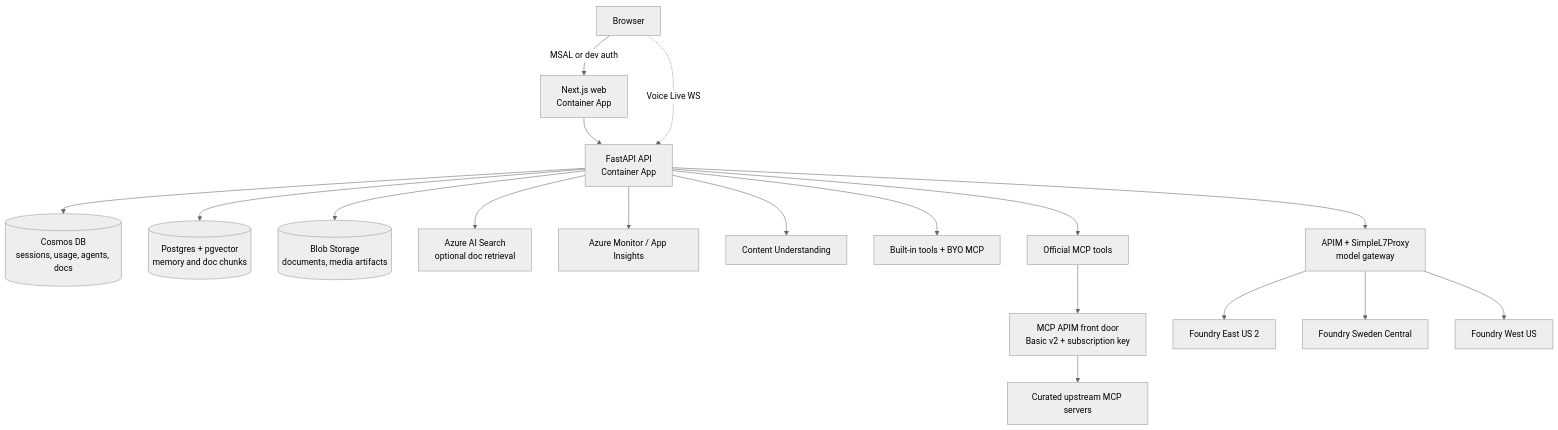
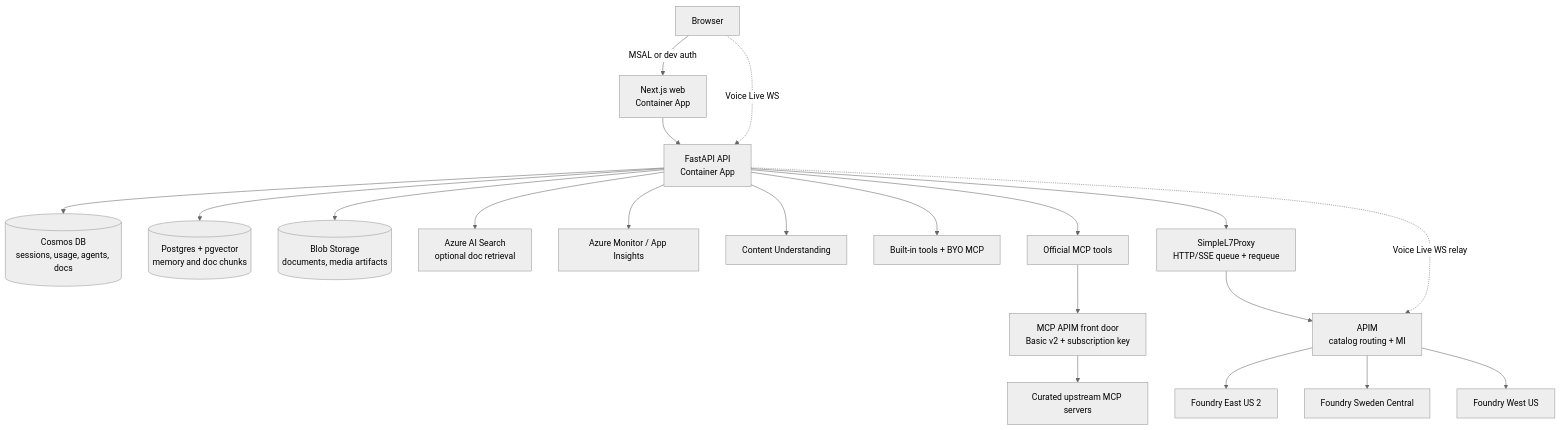
The first of 5 diagrams in docs/architecture.md (ian-t-adams/AI4IA), drawn with Mermaid (neutral theme) before and after one commit. The commit also changed other lines of this file and 68 other files, not shown here.

````diff
--- a/docs/architecture.md
+++ b/docs/architecture.md
@@ -12,20 +12,22 @@
 ```mermaid
 flowchart TB
   User[Browser] -->|MSAL or dev auth| Web[Next.js web<br/>Container App]
   Web --> API[FastAPI API<br/>Container App]
   User -. Voice Live WS .-> API
   API --> Cosmos[(Cosmos DB<br/>sessions, usage, agents, docs)]
   API --> Pg[(Postgres + pgvector<br/>memory and doc chunks)]
   API --> Blob[(Blob Storage<br/>documents, media artifacts)]
   API --> Search[Azure AI Search<br/>optional doc retrieval]
   API --> Monitor[Azure Monitor / App Insights]
   API --> CU[Content Understanding]
   API --> Tools[Built-in tools + BYO MCP]
   API --> OffMCP[Official MCP tools]
   OffMCP --> MCPGW[MCP APIM front door<br/>Basic v2 + subscription key]
   MCPGW --> MCPUp[Curated upstream MCP servers]
-  API --> GW[APIM + SimpleL7Proxy<br/>model gateway]
-  GW --> EUS2[Foundry East US 2]
-  GW --> SWC[Foundry Sweden Central]
-  GW --> WUS[Foundry West US]
+  API --> Proxy[SimpleL7Proxy<br/>HTTP/SSE queue + requeue]
+  Proxy --> APIM[APIM<br/>catalog routing + MI]
+  API -. Voice Live WS relay .-> APIM
+  APIM --> EUS2[Foundry East US 2]
+  APIM --> SWC[Foundry Sweden Central]
+  APIM --> WUS[Foundry West US]
 ```
````
